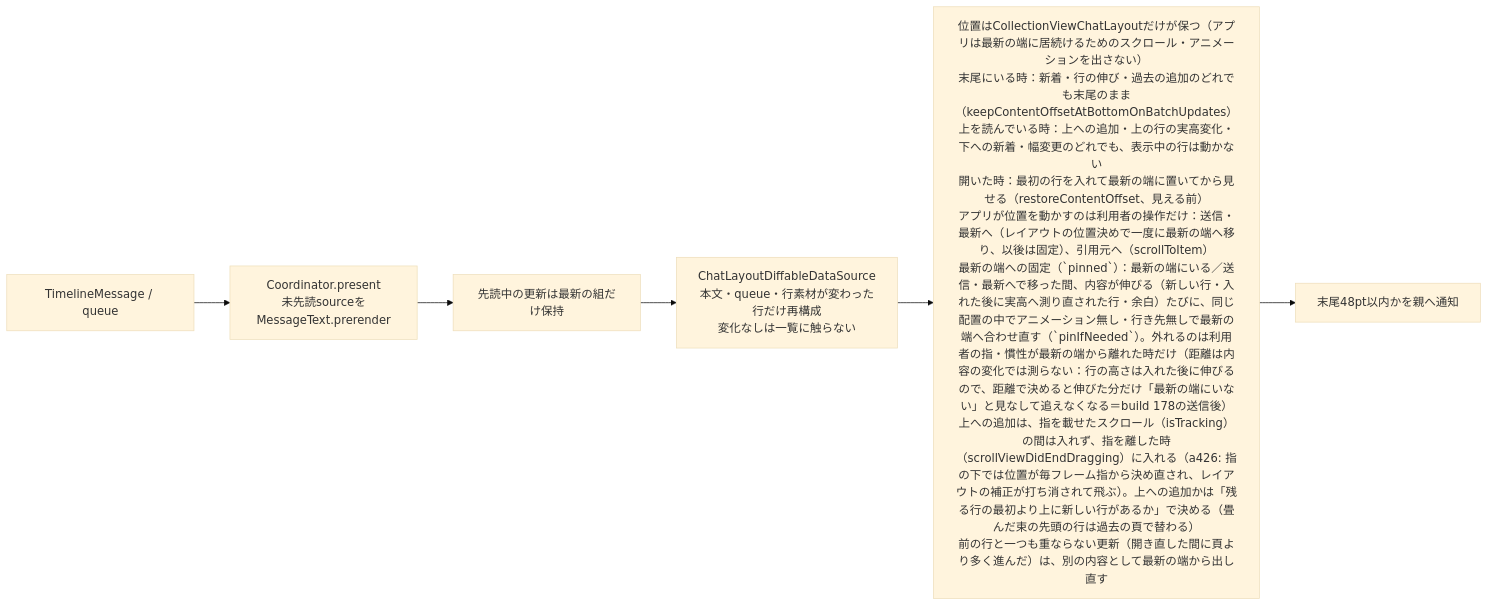
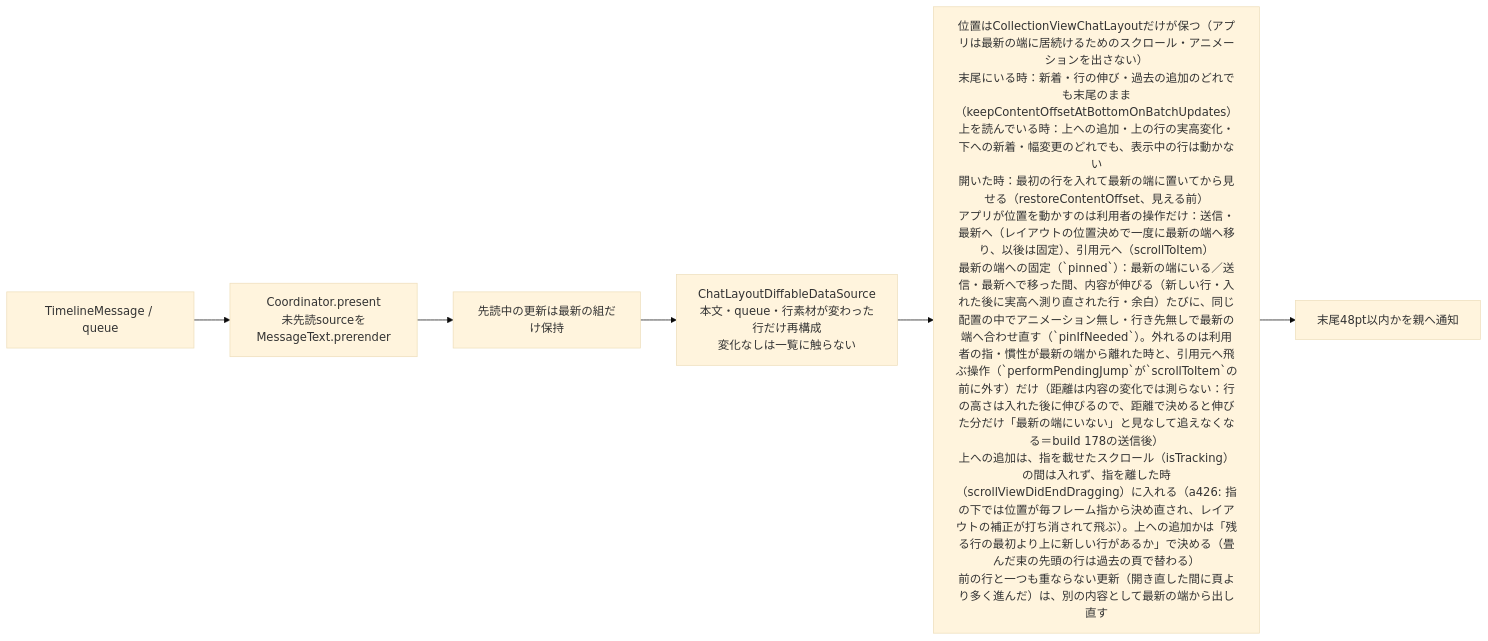
Before and after one commit to kitepon/BellTeam: the second of 9 diagrams in docs/architecture/modules/apple/conversation.md, drawn with Mermaid (base theme). The commit also changed 2 other files, not shown here.

Commit message:
Apple build 179: a quote jump releases the newest-edge pin (found in review of #2188)

````diff
--- a/docs/architecture/modules/apple/conversation.md
+++ b/docs/architecture/modules/apple/conversation.md
@@ -58,8 +58,8 @@
 ```mermaid
 flowchart LR
   Model["TimelineMessage / queue"] --> Prepare["Coordinator.present<br/>未先読sourceをMessageText.prerender"]
   Prepare --> Latest["先読中の更新は最新の組だけ保持"]
   Latest --> Apply["ChatLayoutDiffableDataSource<br/>本文・queue・行素材が変わった行だけ再構成<br/>変化なしは一覧に触らない"]
-  Apply --> Position["位置はCollectionViewChatLayoutだけが保つ（アプリは最新の端に居続けるためのスクロール・アニメーションを出さない）<br/>末尾にいる時：新着・行の伸び・過去の追加のどれでも末尾のまま（keepContentOffsetAtBottomOnBatchUpdates）<br/>上を読んでいる時：上への追加・上の行の実高変化・下への新着・幅変更のどれでも、表示中の行は動かない<br/>開いた時：最初の行を入れて最新の端に置いてから見せる（restoreContentOffset、見える前）<br/>アプリが位置を動かすのは利用者の操作だけ：送信・最新へ（レイアウトの位置決めで一度に最新の端へ移り、以後は固定）、引用元へ（scrollToItem）<br/>最新の端への固定（`pinned`）：最新の端にいる／送信・最新へで移った間、内容が伸びる（新しい行・入れた後に実高へ測り直された行・余白）たびに、同じ配置の中でアニメーション無し・行き先無しで最新の端へ合わせ直す（`pinIfNeeded`）。外れるのは利用者の指・慣性が最新の端から離れた時だけ（距離は内容の変化では測らない：行の高さは入れた後に伸びるので、距離で決めると伸びた分だけ「最新の端にいない」と見なして追えなくなる＝build 178の送信後）<br/>上への追加は、指を載せたスクロール（isTracking）の間は入れず、指を離した時（scrollViewDidEndDragging）に入れる（a426: 指の下では位置が毎フレーム指から決め直され、レイアウトの補正が打ち消されて飛ぶ）。上への追加かは「残る行の最初より上に新しい行があるか」で決める（畳んだ束の先頭の行は過去の頁で替わる）<br/>前の行と一つも重ならない更新（開き直した間に頁より多く進んだ）は、別の内容として最新の端から出し直す"]
+  Apply --> Position["位置はCollectionViewChatLayoutだけが保つ（アプリは最新の端に居続けるためのスクロール・アニメーションを出さない）<br/>末尾にいる時：新着・行の伸び・過去の追加のどれでも末尾のまま（keepContentOffsetAtBottomOnBatchUpdates）<br/>上を読んでいる時：上への追加・上の行の実高変化・下への新着・幅変更のどれでも、表示中の行は動かない<br/>開いた時：最初の行を入れて最新の端に置いてから見せる（restoreContentOffset、見える前）<br/>アプリが位置を動かすのは利用者の操作だけ：送信・最新へ（レイアウトの位置決めで一度に最新の端へ移り、以後は固定）、引用元へ（scrollToItem）<br/>最新の端への固定（`pinned`）：最新の端にいる／送信・最新へで移った間、内容が伸びる（新しい行・入れた後に実高へ測り直された行・余白）たびに、同じ配置の中でアニメーション無し・行き先無しで最新の端へ合わせ直す（`pinIfNeeded`）。外れるのは利用者の指・慣性が最新の端から離れた時と、引用元へ飛ぶ操作（`performPendingJump`が`scrollToItem`の前に外す）だけ（距離は内容の変化では測らない：行の高さは入れた後に伸びるので、距離で決めると伸びた分だけ「最新の端にいない」と見なして追えなくなる＝build 178の送信後）<br/>上への追加は、指を載せたスクロール（isTracking）の間は入れず、指を離した時（scrollViewDidEndDragging）に入れる（a426: 指の下では位置が毎フレーム指から決め直され、レイアウトの補正が打ち消されて飛ぶ）。上への追加かは「残る行の最初より上に新しい行があるか」で決める（畳んだ束の先頭の行は過去の頁で替わる）<br/>前の行と一つも重ならない更新（開き直した間に頁より多く進んだ）は、別の内容として最新の端から出し直す"]
   Position --> Callback["末尾48pt以内かを親へ通知"]
 ```
````
